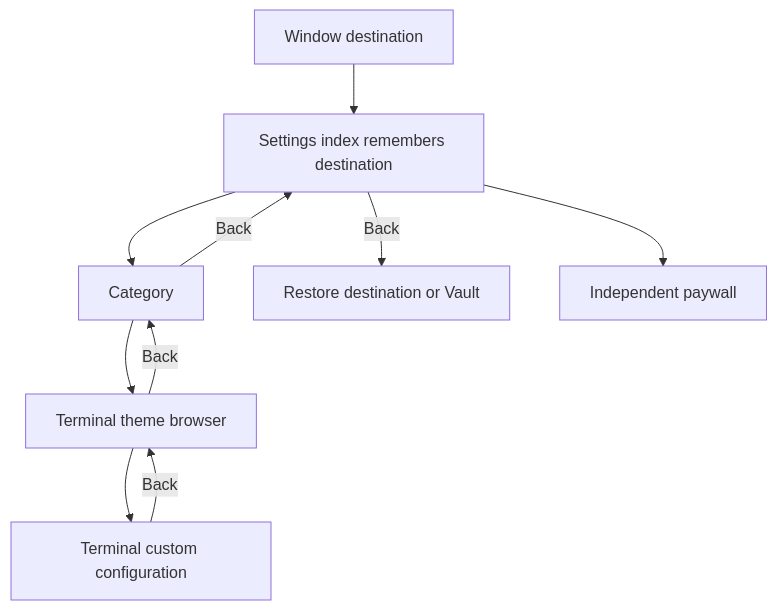
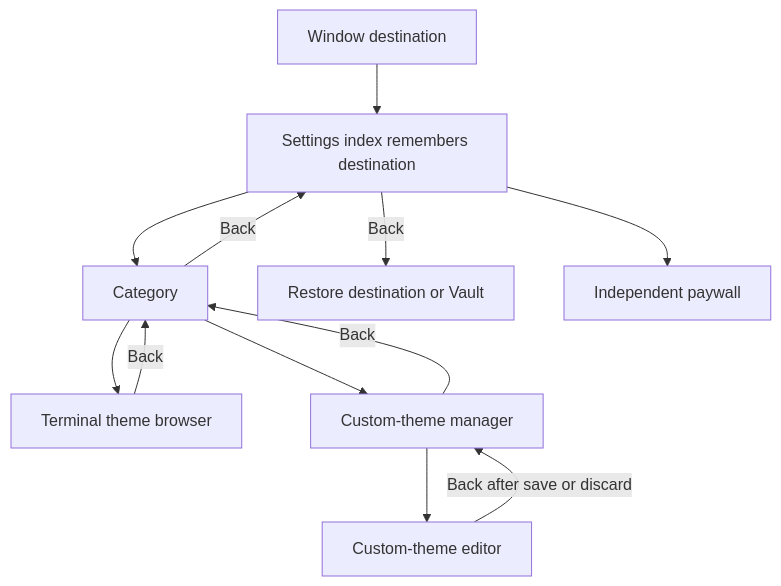
One commit to AkinoKaede/Termind changed the second of 5 diagrams in openwiki/concepts/ui-design-principles.md. Above: the diagram before and after it, drawn with Mermaid. The commit also changed other lines of this file and 67 other files, not shown here.

````diff
--- a/openwiki/concepts/ui-design-principles.md
+++ b/openwiki/concepts/ui-design-principles.md
@@ -223,12 +219,14 @@
 ```mermaid
 flowchart TD
     Previous[Window destination] --> Index[Settings index remembers destination]
     Index --> Category[Category]
     Category --> Browser[Terminal theme browser]
-    Browser --> Editor[Terminal custom configuration]
-    Editor -->|Back| Browser
+    Category --> Manager[Custom-theme manager]
+    Manager --> Editor[Custom-theme editor]
+    Editor -->|Back after save or discard| Manager
+    Manager -->|Back| Category
     Browser -->|Back| Category
     Category -->|Back| Index
     Index -->|Back| Restore[Restore destination or Vault]
     Index --> Paywall[Independent paywall]
 ```
````
